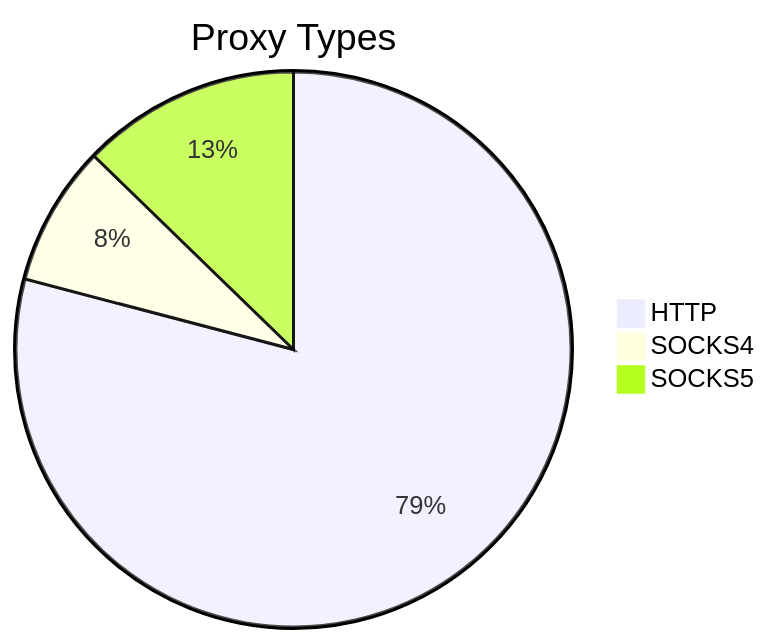
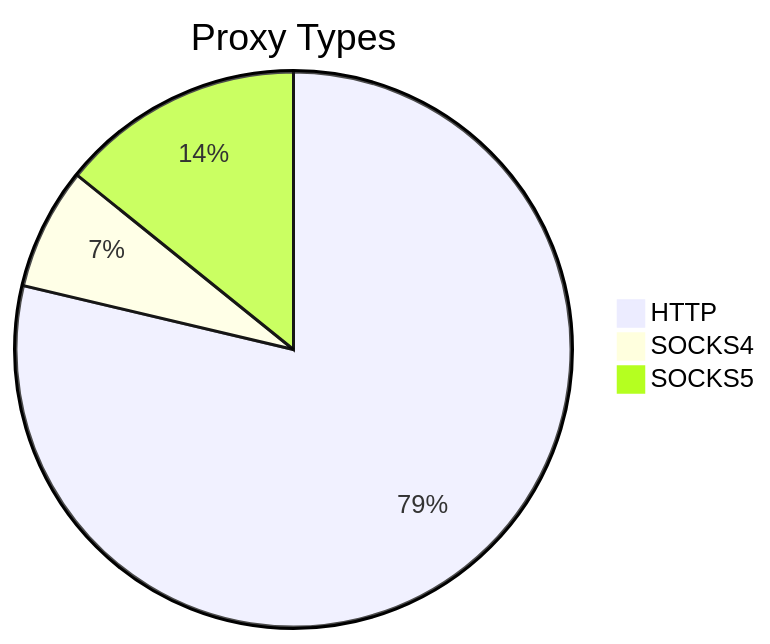
One commit to stormsia/proxy-list changed the first of 2 diagrams in README.md. Above: the diagram before and after it, drawn with Mermaid. The commit also changed other lines of this file, not shown here.

````diff
--- a/README.md
+++ b/README.md
@@ -21,6 +21,6 @@
 ```mermaid
 pie title Proxy Types
-    "HTTP" : 329
-    "SOCKS4" : 34
-    "SOCKS5" : 53
+    "HTTP" : 266
+    "SOCKS4" : 24
+    "SOCKS5" : 48
 ```
````
